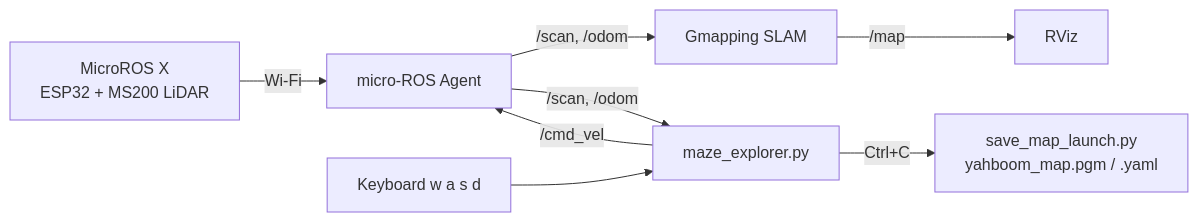
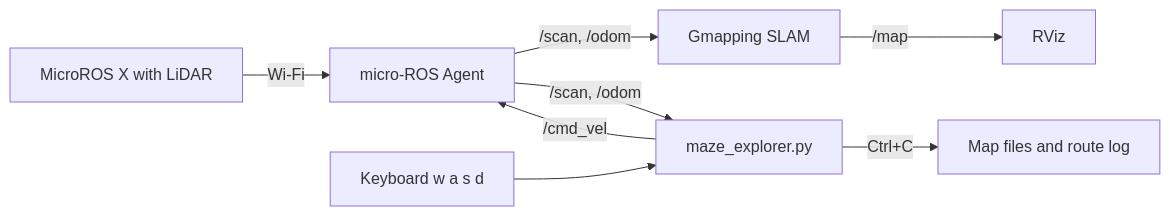
The first of 2 diagrams in README.md (Peatty45113/Microros-X---Maze-Map-Solving-Exploration-Part), drawn with Mermaid before and after one commit. The commit also changed other lines of this file, not shown here.

````diff
--- a/README.md
+++ b/README.md
@@ -115,9 +115,9 @@
 ```mermaid
 flowchart LR
-    R[MicroROS X<br/>ESP32 + MS200 LiDAR] -- Wi-Fi --> A[micro-ROS Agent]
+    R["MicroROS X with LiDAR"] -- Wi-Fi --> A[micro-ROS Agent]
     A -- /scan, /odom --> G[Gmapping SLAM] -- /map --> V[RViz]
     A -- /scan, /odom --> N[maze_explorer.py]
     K[Keyboard w a s d] --> N
     N -- /cmd_vel --> A
-    N -- Ctrl+C --> S[save_map_launch.py<br/>yahboom_map.pgm / .yaml]
+    N -- Ctrl+C --> S["Map files and route log"]
 ```
````
